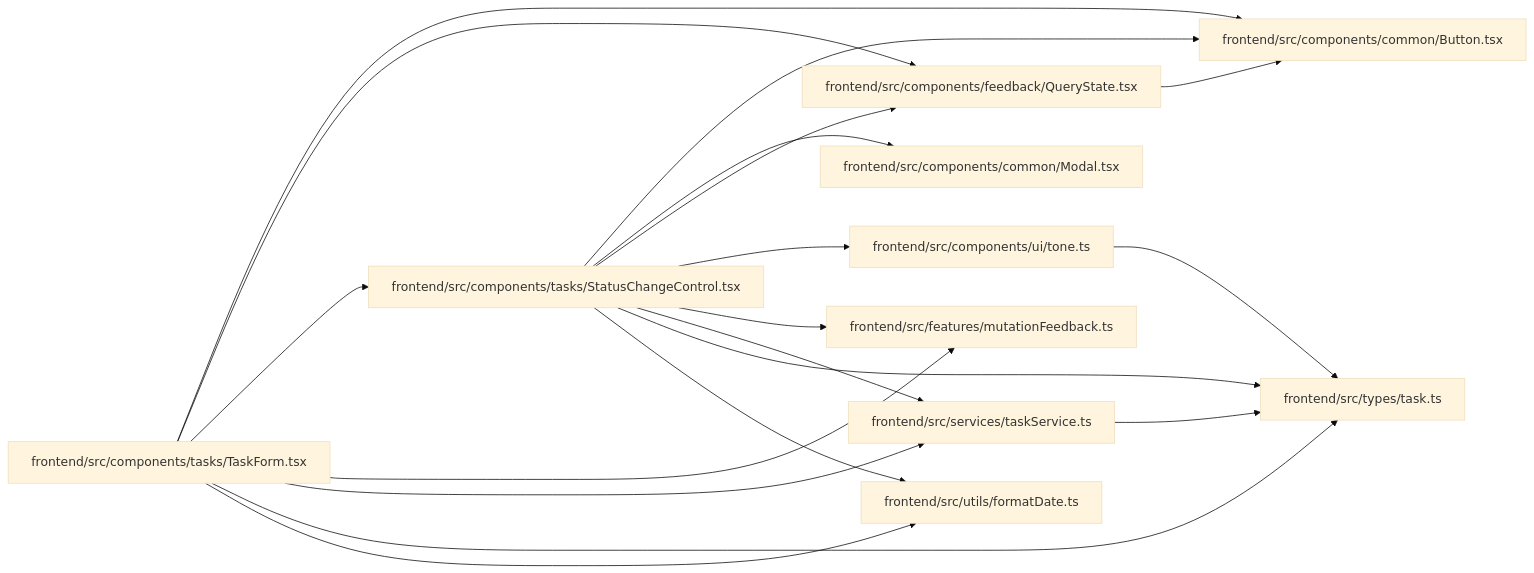
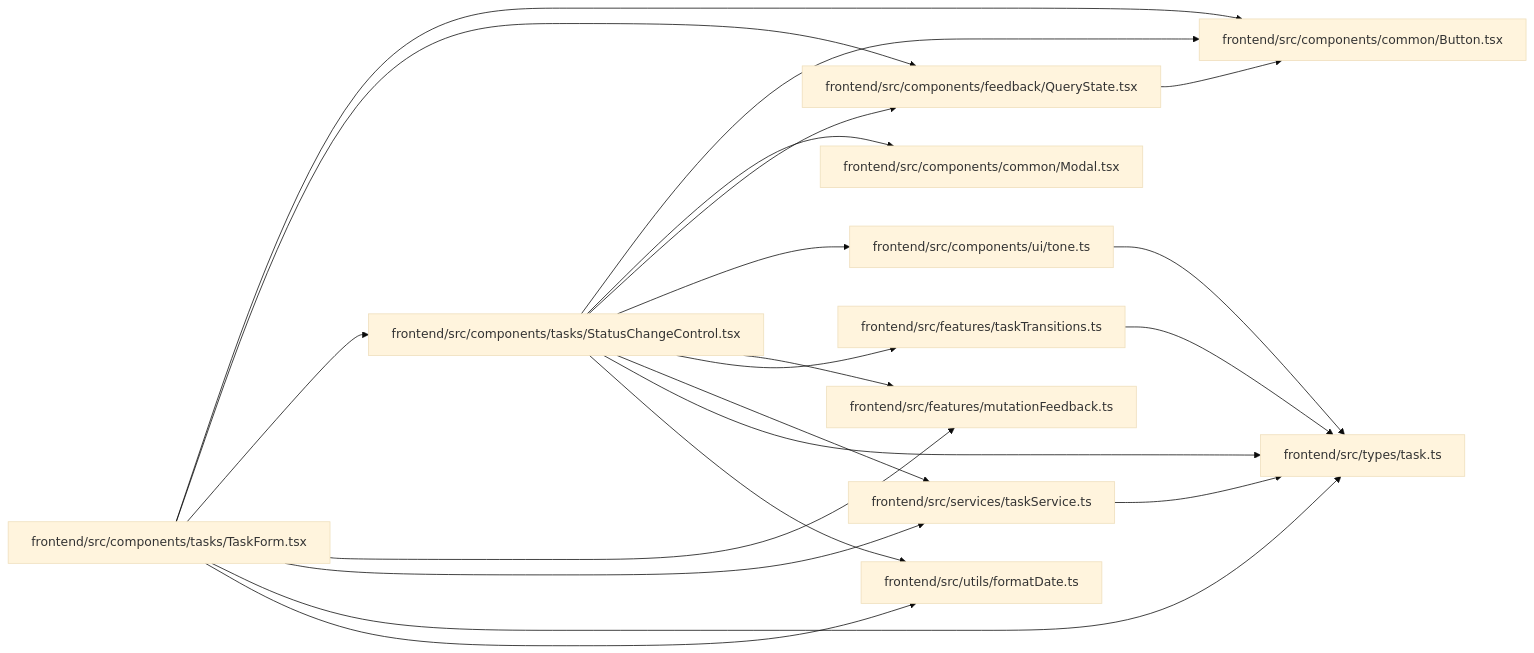
One commit to Denissvgn/WorkChord changed the diagram in docs/llm_wiki/modules/StatusChangeControl.md. Above: the diagram before and after it, drawn with Mermaid (base theme). The commit also changed other lines of this file and 382 other files, not shown here.

````diff
--- a/docs/llm_wiki/modules/StatusChangeControl.md
+++ b/docs/llm_wiki/modules/StatusChangeControl.md
@@ -38,41 +38,45 @@
 ```mermaid
 flowchart LR
     n0["frontend/src/components/common/Button.tsx"]
     n1["frontend/src/components/common/Modal.tsx"]
     n2["frontend/src/components/feedback/QueryState.tsx"]
     n3["frontend/src/components/tasks/StatusChangeControl.tsx"]
     n4["frontend/src/components/tasks/TaskForm.tsx"]
     n5["frontend/src/components/ui/tone.ts"]
     n6["frontend/src/features/mutationFeedback.ts"]
-    n7["frontend/src/services/taskService.ts"]
-    n8["frontend/src/types/task.ts"]
-    n9["frontend/src/utils/formatDate.ts"]
+    n7["frontend/src/features/taskTransitions.ts"]
+    n8["frontend/src/services/taskService.ts"]
+    n9["frontend/src/types/task.ts"]
+    n10["frontend/src/utils/formatDate.ts"]
     n2 --> n0
     n3 --> n0
     n3 --> n1
     n3 --> n2
     n3 --> n5
     n3 --> n6
     n3 --> n7
     n3 --> n8
     n3 --> n9
+    n3 --> n10
     n4 --> n0
     n4 --> n2
     n4 --> n3
     n4 --> n6
-    n4 --> n7
     n4 --> n8
     n4 --> n9
-    n5 --> n8
-    n7 --> n8
+    n4 --> n10
+    n5 --> n9
+    n7 --> n9
+    n8 --> n9
     click n0 "../modules/Button.md"
     click n1 "../modules/Modal.md"
     click n2 "../modules/QueryState.md"
     click n3 "../modules/StatusChangeControl.md"
     click n4 "../modules/TaskForm.md"
     click n5 "../modules/tone.md"
     click n6 "../modules/mutationFeedback.md"
-    click n7 "../modules/taskService.md"
-    click n8 "../modules/types_task.md"
-    click n9 "../modules/formatDate.md"
+    click n7 "../modules/taskTransitions.md"
+    click n8 "../modules/taskService.md"
+    click n9 "../modules/types_task.md"
+    click n10 "../modules/formatDate.md"
 ```
````
